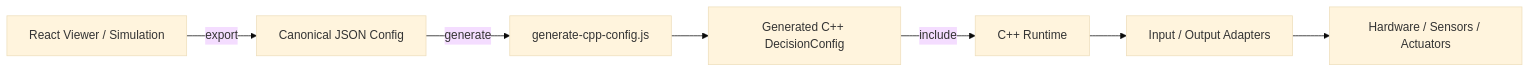
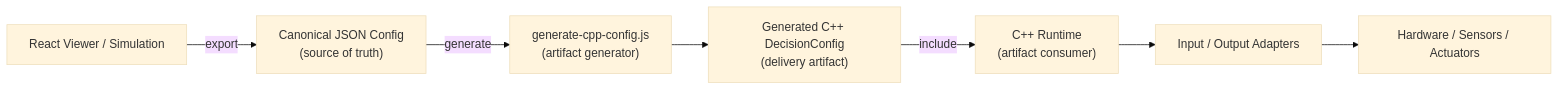
The first of 2 diagrams in docs/toolchain-overview.md (tstaisyu/decision-engine-core), drawn with Mermaid (base theme) before and after one commit. The commit also changed other lines of this file, not shown here.

Commit message:
Clarify generated config artifact boundary

````diff
--- a/docs/toolchain-overview.md
+++ b/docs/toolchain-overview.md
@@ -11,18 +11,18 @@
 ```mermaid
 flowchart LR
 
     Viewer["React Viewer / Simulation"]
-    Canonical["Canonical JSON Config"]
-    Generator["generate-cpp-config.js"]
-    Generated["Generated C++ DecisionConfig"]
-    CppRuntime["C++ Runtime"]
+    Canonical["Canonical JSON Config<br/>(source of truth)"]
+    Generator["generate-cpp-config.js<br/>(artifact generator)"]
+    Generated["Generated C++ DecisionConfig<br/>(delivery artifact)"]
+    CppRuntime["C++ Runtime<br/>(artifact consumer)"]
     Adapters["Input / Output Adapters"]
     Hardware["Hardware / Sensors / Actuators"]
 
     Viewer -->|export| Canonical
     Canonical -->|generate| Generator
     Generator --> Generated
     Generated -->|include| CppRuntime
     CppRuntime --> Adapters
     Adapters --> Hardware
 ```
````
